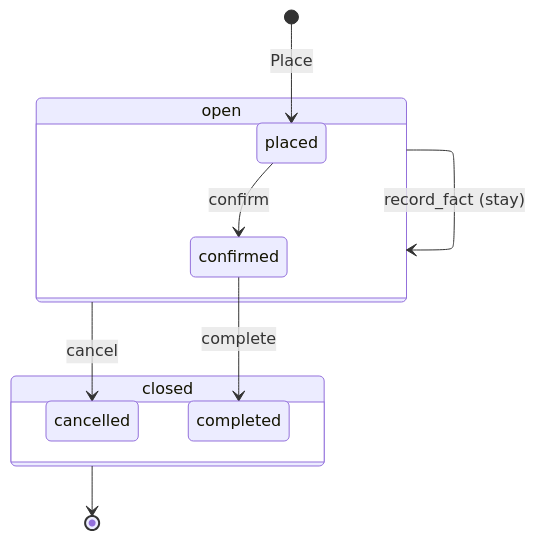
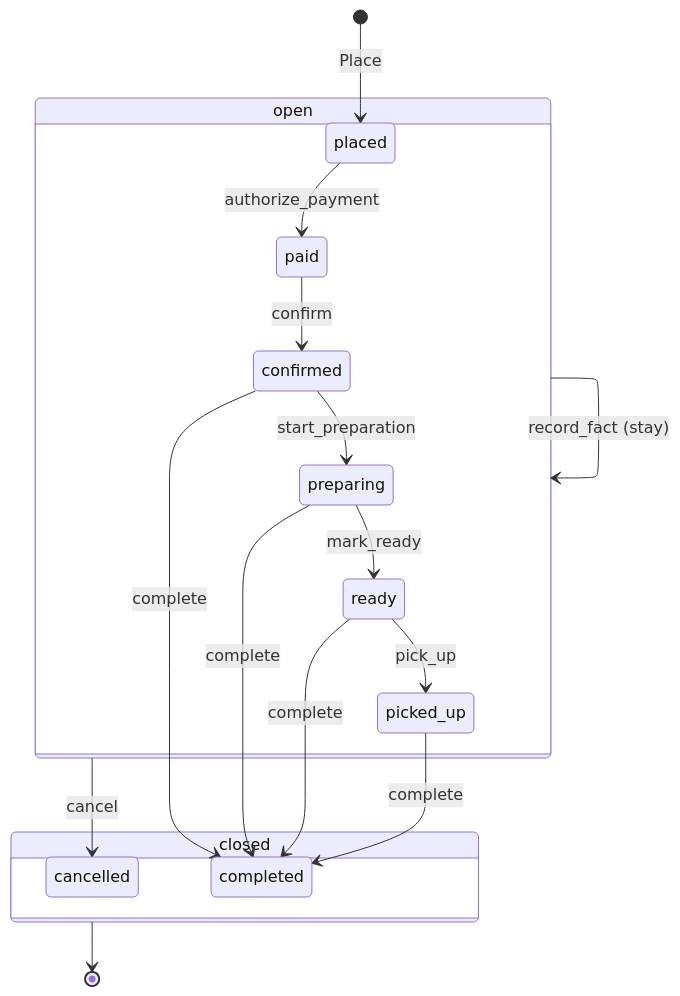
One commit to batazor/nomnom changed the first of 4 diagrams in docs/fsm.md. Above: the diagram before and after it, drawn with Mermaid. The commit also changed other lines of this file and 36 other files, not shown here.

````diff
--- a/docs/fsm.md
+++ b/docs/fsm.md
@@ -226,15 +226,22 @@
 ```mermaid
 stateDiagram-v2
     [*] --> placed: Place
     state open {
-        placed --> confirmed: confirm
+        placed --> paid: authorize_payment
+        paid --> confirmed: confirm
+        confirmed --> preparing: start_preparation
+        preparing --> ready: mark_ready
+        ready --> picked_up: pick_up
     }
     state closed {
         cancelled
         completed
     }
     confirmed --> completed: complete
+    preparing --> completed: complete
+    ready --> completed: complete
+    picked_up --> completed: complete
     open --> cancelled: cancel
     open --> open: record_fact (stay)
     closed --> [*]
 ```
````
